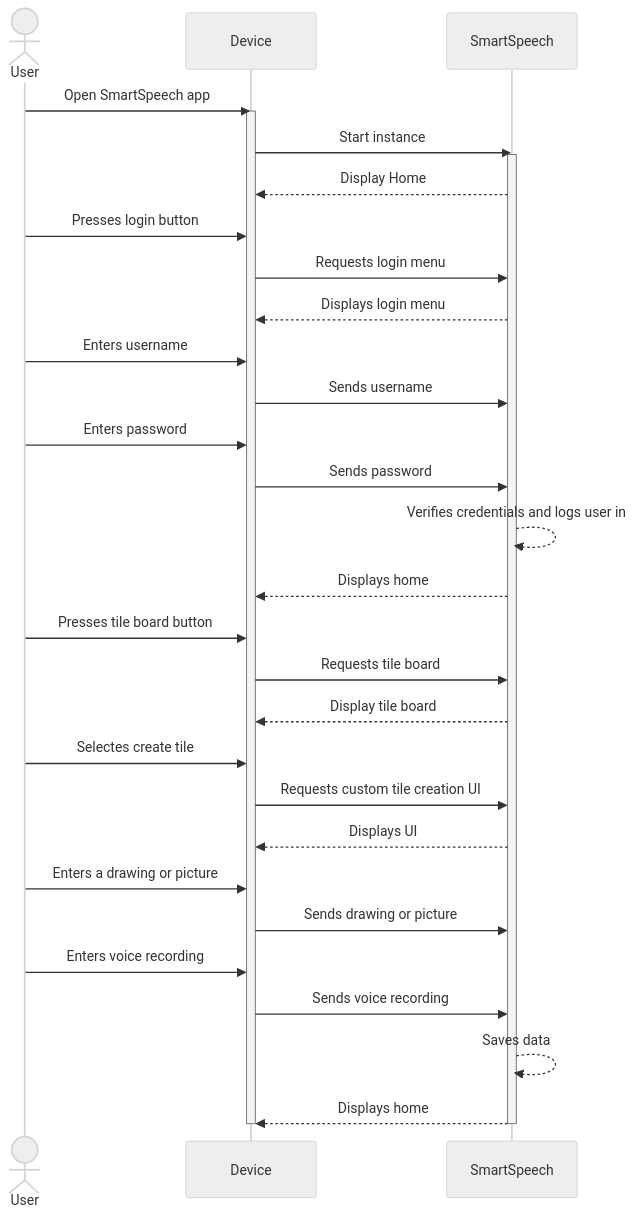
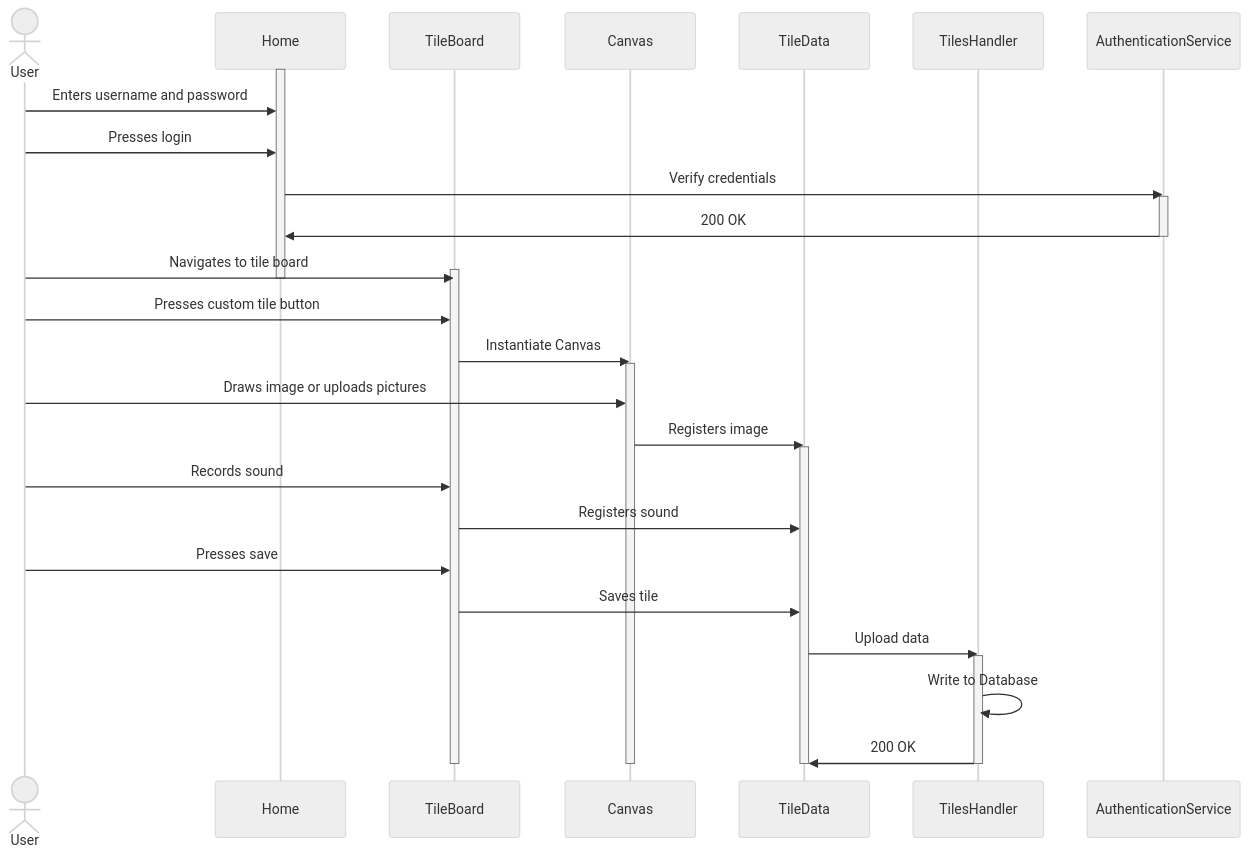
Before and after one commit to Capstone-Projects-2023-Fall/project-smartspeech: the third of 9 diagrams in documentation/docs/system-architecture/SequenceDiagrams.md, drawn with Mermaid (neutral theme). The commit also changed other lines of this file, not shown here.

Commit message:
Update sequence diagrams based on feedback

````diff
--- a/documentation/docs/system-architecture/SequenceDiagrams.md
+++ b/documentation/docs/system-architecture/SequenceDiagrams.md
@@ -116,41 +109,44 @@
 ```mermaid
 sequenceDiagram
     actor U as User
-    participant D as Device
-    participant S as SmartSpeech
+    participant H as Home
+    participant TB as TileBoard
+    participant C as Canvas
+    participant T as TileData
+    participant TH as TilesHandler
+    participant A as AuthenticationService
 
-    U->>D: Open SmartSpeech app
-    activate D
-    D->>S: Start instance
-    activate S
-    S-->>D: Display Home
-    U->>D: Presses login button
-    D->>S: Requests login menu
-    S-->>D: Displays login menu
-   
-    U->>D: Enters username
-    D->>S: Sends username
-    U->>D: Enters password
-    D->>S: Sends password
-    S-->>S: Verifies credentials and logs user in
-    S-->>D: Displays home
+    activate H
 
-     U->>D: Presses tile board button
-    D->>S: Requests tile board
-    S-->>D: Display tile board
+    U->>H: Enters username and password
+    U->>H: Presses login
+    H->>A: Verify credentials
+    activate A
+    A->>H: 200 OK
+    deactivate A
+    U->>TB: Navigates to tile board
+    activate TB
+    deactivate H
+    U->>TB: Presses custom tile button
+    TB->>C: Instantiate Canvas
+    activate C
+    U->>C: Draws image or uploads pictures
+    C->>T: Registers image
+    activate T
 
-    U->>D: Selectes create tile
-    D->>S: Requests custom tile creation UI
-    S-->>D: Displays UI
+    U->>TB: Records sound
+    TB->>T: Registers sound
 
-    U->>D: Enters a drawing or picture
-    D->>S: Sends drawing or picture
-    U->>D: Enters voice recording
-    D->>S: Sends voice recording
-    S-->>S: Saves data
-    S-->>D: Displays home
-    
+    U->>TB: Presses save
+    TB->>T: Saves tile
 
-    deactivate D
-    deactivate S
+    T->>TH: Upload data
+    activate TH
+    TH->>TH: Write to Database
+    TH->>T: 200 OK
+
+    deactivate TH
+    deactivate TB
+    deactivate T
+    deactivate C
 ```
````
